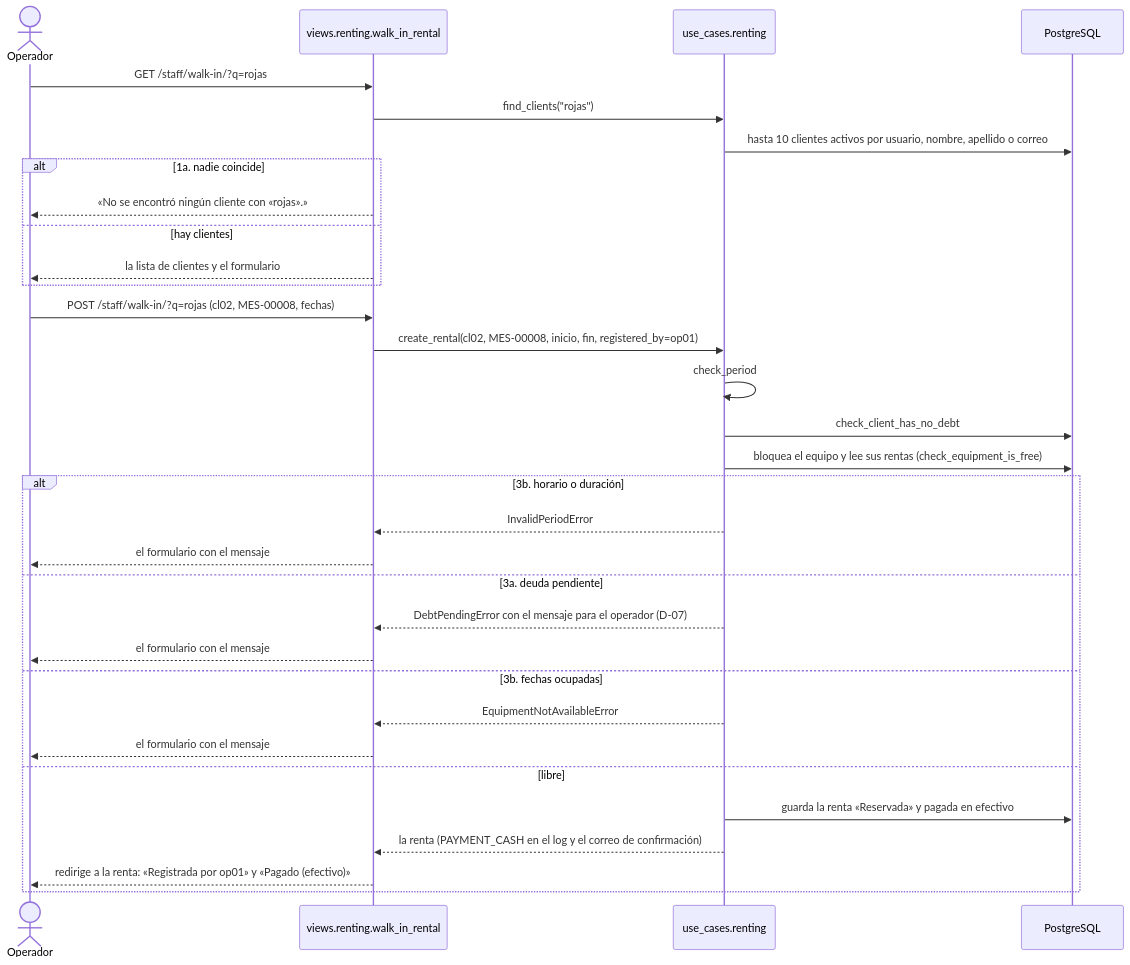
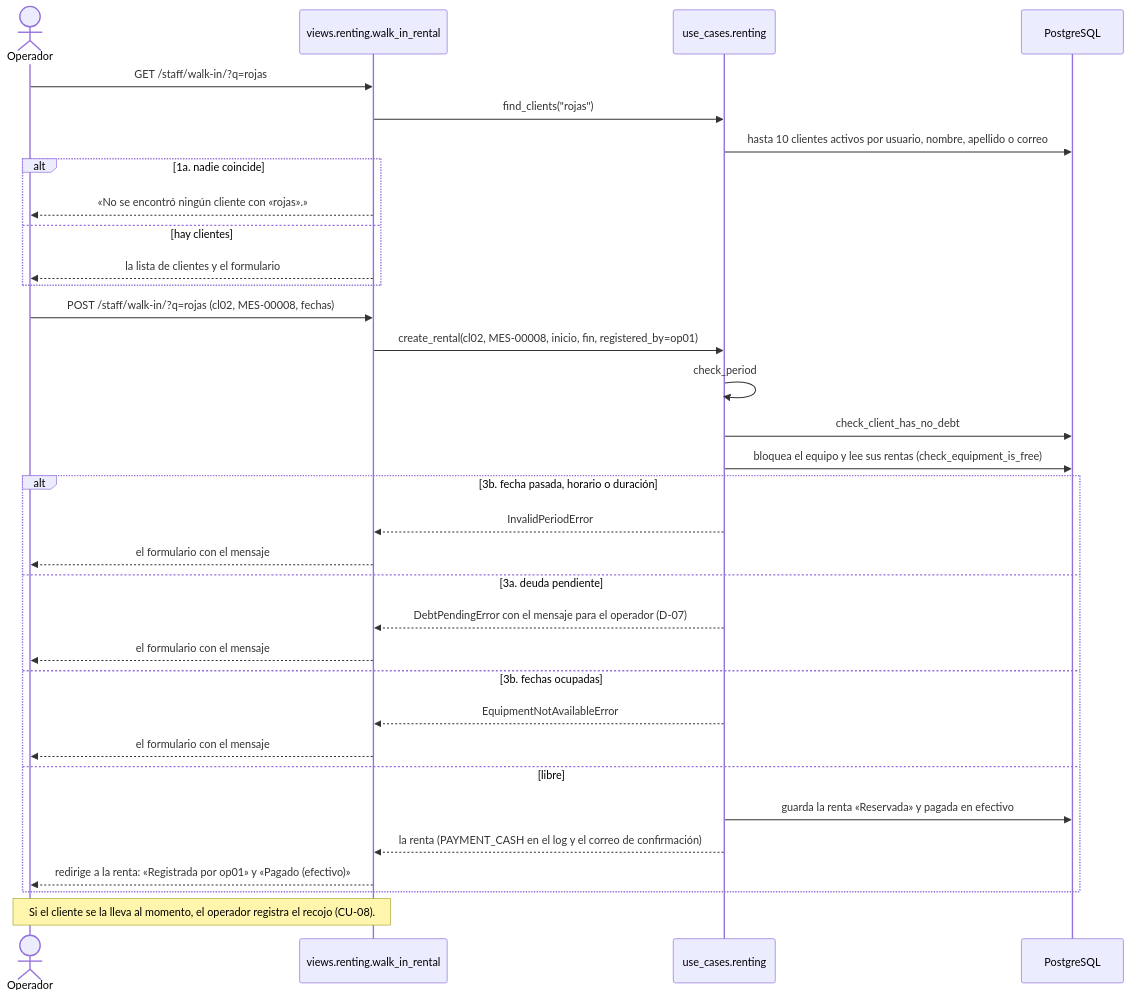
One commit to peterteranb/astra-rent-system changed the sixth of 20 diagrams in docs/casos-de-uso.md. Above: the diagram before and after it, drawn with Mermaid. The commit also changed other lines of this file and 6 other files, not shown here.

````diff
--- a/docs/casos-de-uso.md
+++ b/docs/casos-de-uso.md
@@ -321,34 +322,35 @@
 ```mermaid
 sequenceDiagram
     actor O as Operador
     participant V as views.renting.walk_in_rental
     participant U as use_cases.renting
     participant BD as PostgreSQL
     O->>V: GET /staff/walk-in/?q=rojas
     V->>U: find_clients("rojas")
     U->>BD: hasta 10 clientes activos por usuario, nombre, apellido o correo
     alt 1a. nadie coincide
         V-->>O: «No se encontró ningún cliente con «rojas».»
     else hay clientes
         V-->>O: la lista de clientes y el formulario
     end
     O->>V: POST /staff/walk-in/?q=rojas (cl02, MES-00008, fechas)
     V->>U: create_rental(cl02, MES-00008, inicio, fin, registered_by=op01)
     U->>U: check_period
     U->>BD: check_client_has_no_debt
     U->>BD: bloquea el equipo y lee sus rentas (check_equipment_is_free)
-    alt 3b. horario o duración
+    alt 3b. fecha pasada, horario o duración
         U-->>V: InvalidPeriodError
         V-->>O: el formulario con el mensaje
     else 3a. deuda pendiente
         U-->>V: DebtPendingError con el mensaje para el operador (D-07)
         V-->>O: el formulario con el mensaje
     else 3b. fechas ocupadas
         U-->>V: EquipmentNotAvailableError
         V-->>O: el formulario con el mensaje
     else libre
         U->>BD: guarda la renta «Reservada» y pagada en efectivo
         U-->>V: la renta (PAYMENT_CASH en el log y el correo de confirmación)
         V-->>O: redirige a la renta: «Registrada por op01» y «Pagado (efectivo)»
     end
+    Note over O,V: Si el cliente se la lleva al momento, el operador registra el recojo (CU-08).
 ```
````
